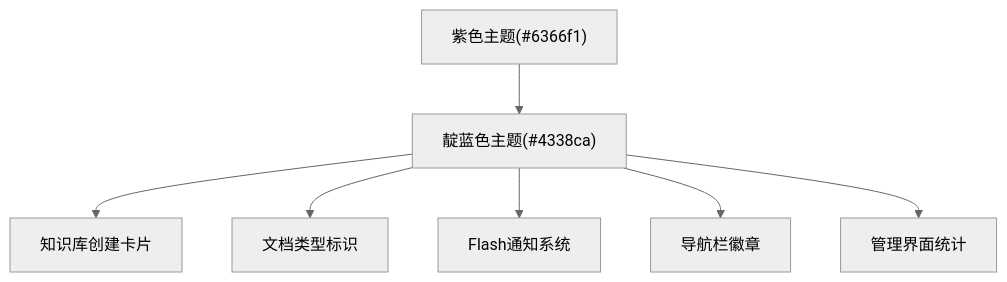
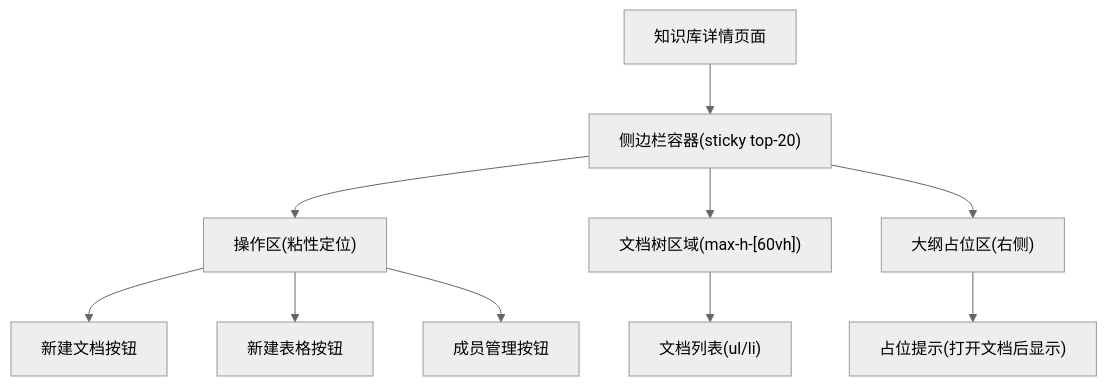
Before and after one commit to beyondalbert/my_wiki: the third of 12 diagrams in .qoder/repowiki/zh/content/前端模板系统.md, drawn with Mermaid (neutral theme). The commit also changed other lines of this file and 12 other files, not shown here.

````diff
--- a/.qoder/repowiki/zh/content/前端模板系统.md
+++ b/.qoder/repowiki/zh/content/前端模板系统.md
@@ -233,9 +233,12 @@
 ```mermaid
 flowchart TD
-P["紫色主题(#6366f1)"] --> I["靛蓝色主题(#4338ca)"]
-I --> K["知识库创建卡片"]
-I --> D["文档类型标识"]
-I --> F["Flash通知系统"]
-I --> N["导航栏徽章"]
-I --> M["管理界面统计"]
+KB["知识库详情页面"] --> SA["侧边栏容器(sticky top-20)"]
+SA --> OA["操作区(粘性定位)"]
+OA --> NS["新建文档按钮"]
+OA --> NT["新建表格按钮"]
+OA --> MS["成员管理按钮"]
+SA --> DT["文档树区域(max-h-[60vh])"]
+DT --> UL["文档列表(ul/li)"]
+SA --> DP["大纲占位区(右侧)"]
+DP --> PH["占位提示(打开文档后显示)"]
 ```
````
